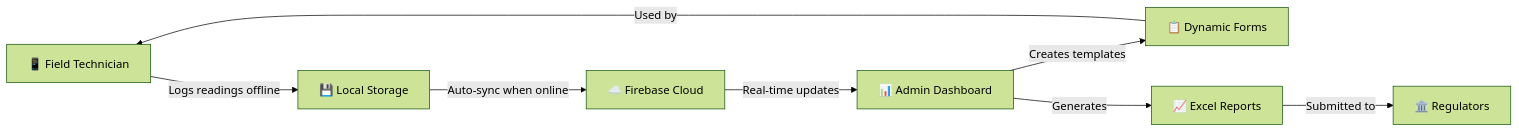
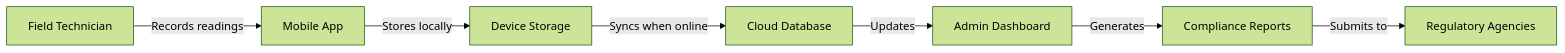
The diagram in README.md (MonteBryce/thermal-compliance-app), drawn with Mermaid (forest theme) before and after one commit. The commit also changed other lines of this file, not shown here.

````diff
--- a/README.md
+++ b/README.md
@@ -78,10 +68,9 @@
 ```mermaid
 graph LR
-    A[📱 Field Technician] -->|Logs readings offline| B[💾 Local Storage]
-    B -->|Auto-sync when online| C[☁️ Firebase Cloud]
-    C -->|Real-time updates| D[📊 Admin Dashboard]
-    D -->|Creates templates| E[📋 Dynamic Forms]
-    E -->|Used by| A
-    D -->|Generates| F[📈 Excel Reports]
-    F -->|Submitted to| G[🏛️ Regulators]
+    A[Field Technician] -->|Records readings| B[Mobile App]
+    B -->|Stores locally| C[Device Storage]
+    C -->|Syncs when online| D[Cloud Database]
+    D -->|Updates| E[Admin Dashboard]
+    E -->|Generates| F[Compliance Reports]
+    F -->|Submits to| G[Regulatory Agencies]
 ```
````
